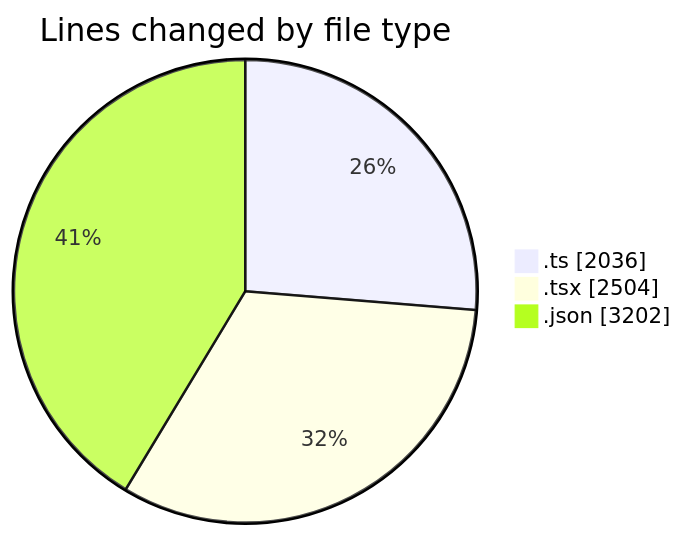
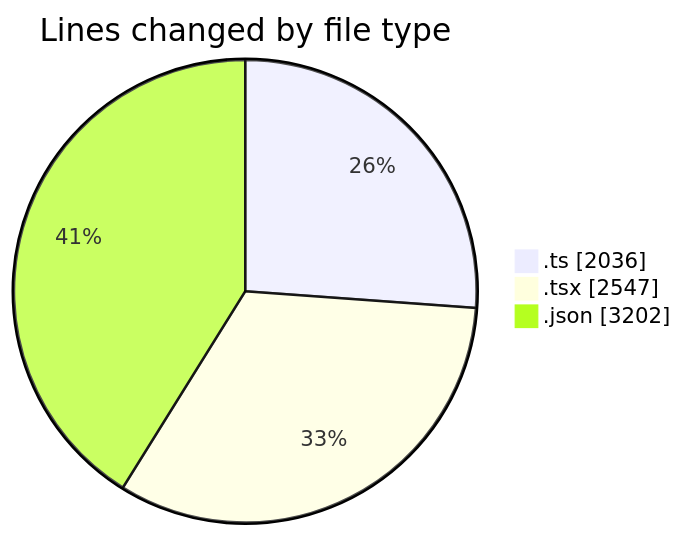
Before and after one commit to julien-gomy/code-tracking: the first of 2 diagrams in 2025-10-23/eventscop-frontend-guide__workspace_/README.md, drawn with Mermaid. The commit also changed other lines of this file and 1 other file, not shown here.

````diff
--- a/2025-10-23/eventscop-frontend-guide__workspace_/README.md
+++ b/2025-10-23/eventscop-frontend-guide__workspace_/README.md
@@ -37,7 +37,7 @@
 ```mermaid
 pie showData
 title Lines changed by file type
 ".ts" : 2036
-".tsx" : 2504
+".tsx" : 2547
 ".json" : 3202
 ```
````
